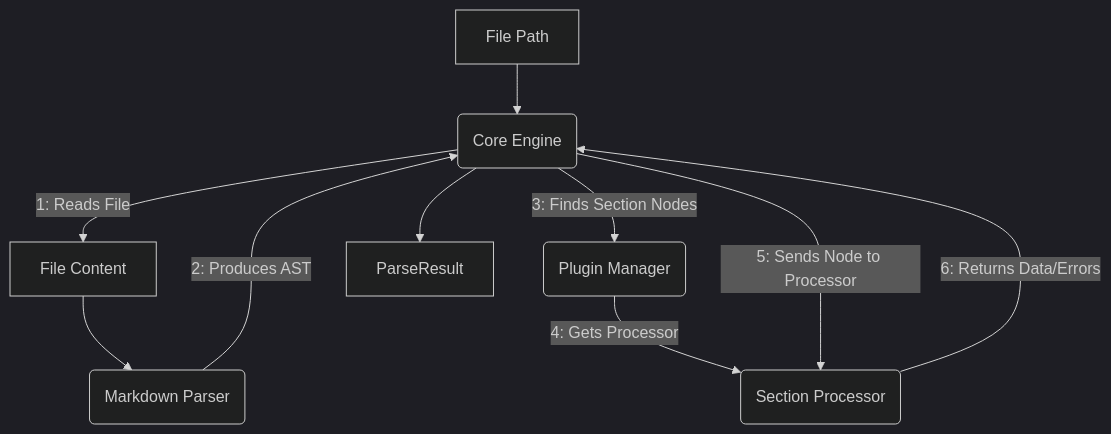
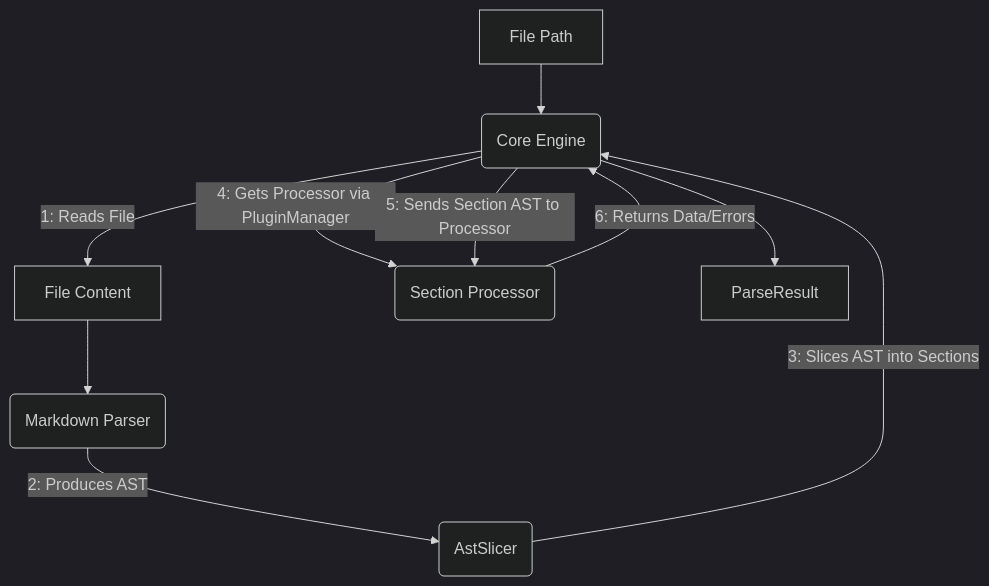
The third of 4 diagrams in docs/requirements/p1-p5.t18-core-engine-parser.task.md (livelifelively/documentation-driven-development-tools), drawn with Mermaid (dark theme) before and after one commit. The commit also changed other lines of this file and 18 other files, not shown here.

````diff
--- a/docs/requirements/p1-p5.t18-core-engine-parser.task.md
+++ b/docs/requirements/p1-p5.t18-core-engine-parser.task.md
@@ -127,12 +133,12 @@
 ```mermaid
 graph TD
     A[File Path] --> B(Core Engine);
     B -- "1: Reads File" --> C[File Content];
     C --> D(Markdown Parser);
-    D -- "2: Produces AST" --> B;
-    B -- "3: Finds Section Nodes" --> E(Plugin Manager);
-    E -- "4: Gets Processor" --> F(Section Processor);
-    B -- "5: Sends Node to Processor" --> F;
+    D -- "2: Produces AST" --> E(AstSlicer);
+    E -- "3: Slices AST into Sections" --> B;
+    B -- "4: Gets Processor via PluginManager" --> F(Section Processor);
+    B -- "5: Sends Section AST to Processor" --> F;
     F -- "6: Returns Data/Errors" --> B;
     B --> G[ParseResult];
 ```
````
